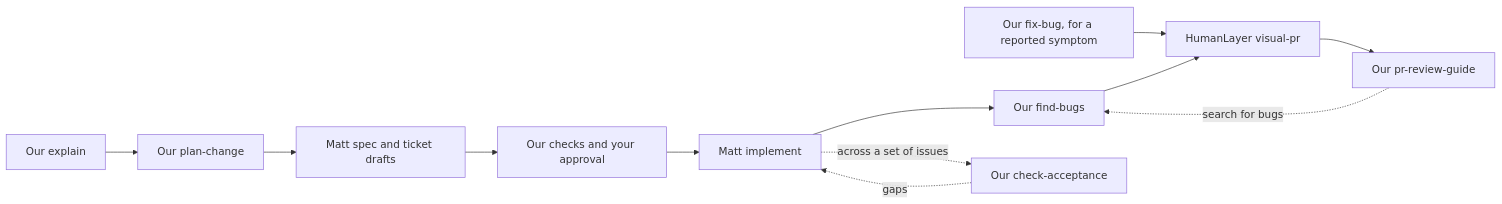
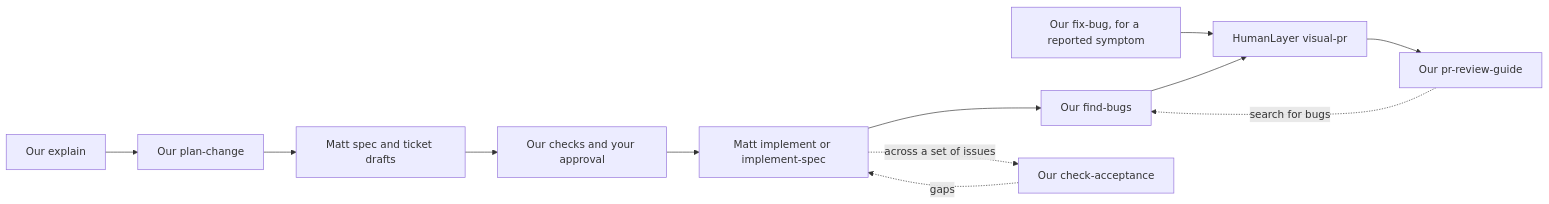
The diagram in docs/workflow.md (aantoniadis/skills), drawn with Mermaid before and after one commit. The commit also changed other lines of this file and 45 other files, not shown here.

````diff
--- a/docs/workflow.md
+++ b/docs/workflow.md
@@ -234,14 +305,14 @@
 ```mermaid
 flowchart LR
     U[Our explain] --> N[Our plan-change]
     N --> D[Matt spec and ticket drafts]
     D --> C[Our checks and your approval]
-    C --> I[Matt implement]
+    C --> I[Matt implement or implement-spec]
     I --> F[Our find-bugs]
     B[Our fix-bug, for a reported symptom] --> P
     F --> P[HumanLayer visual-pr]
     P --> R[Our pr-review-guide]
     I -. across a set of issues .-> A[Our check-acceptance]
     A -. gaps .-> I
     R -. search for bugs .-> F
 ```
````
